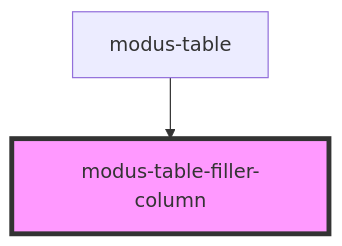
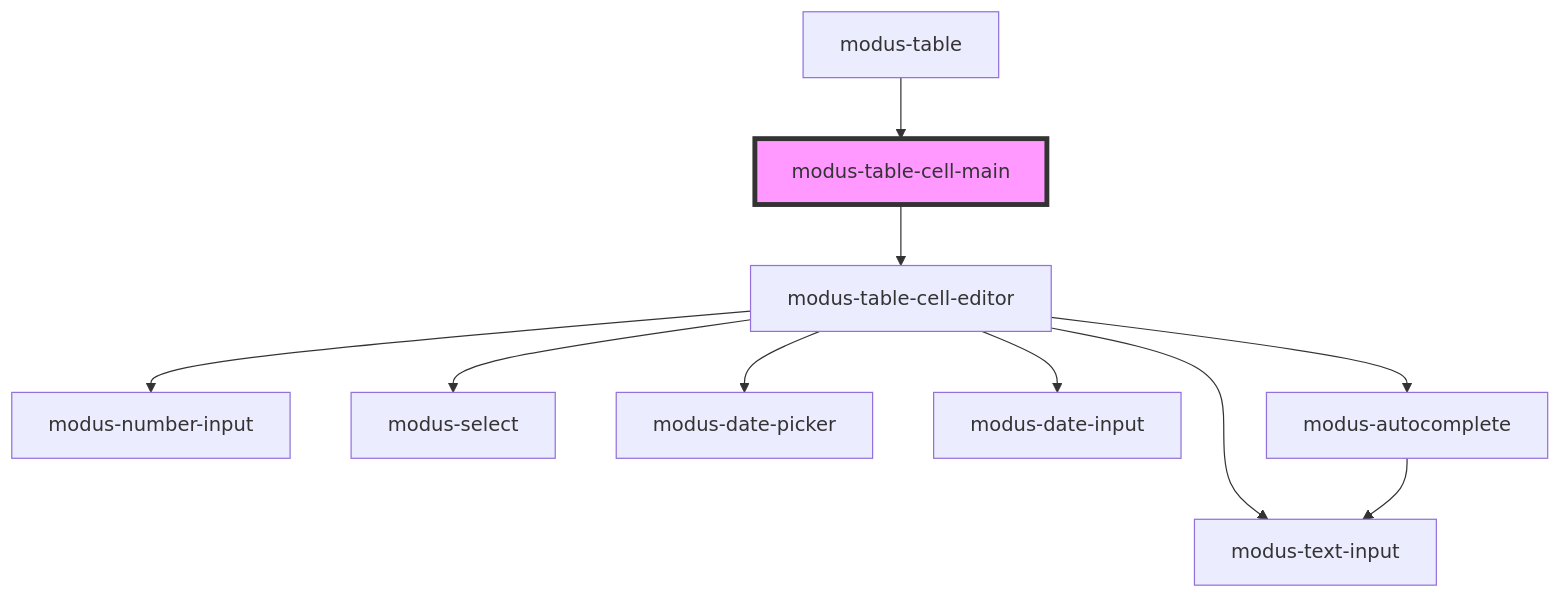
Before and after one commit to trimble-oss/modus-web-components: the diagram in stencil-workspace/src/components/modus-table/parts/cell/modus-table-cell-main/readme.md, drawn with Mermaid. The commit also changed other lines of this file and 21 other files, not shown here.

````diff
--- a/stencil-workspace/src/components/modus-table/parts/cell/modus-table-cell-main/readme.md
+++ b/stencil-workspace/src/components/modus-table/parts/cell/modus-table-cell-main/readme.md
@@ -28,5 +30,13 @@
 ```mermaid
 graph TD;
-  modus-table --> modus-table-filler-column
-  style modus-table-filler-column fill:#f9f,stroke:#333,stroke-width:4px
+  modus-table-cell-main --> modus-table-cell-editor
+  modus-table-cell-editor --> modus-number-input
+  modus-table-cell-editor --> modus-text-input
+  modus-table-cell-editor --> modus-select
+  modus-table-cell-editor --> modus-date-picker
+  modus-table-cell-editor --> modus-date-input
+  modus-table-cell-editor --> modus-autocomplete
+  modus-autocomplete --> modus-text-input
+  modus-table --> modus-table-cell-main
+  style modus-table-cell-main fill:#f9f,stroke:#333,stroke-width:4px
 ```
````
